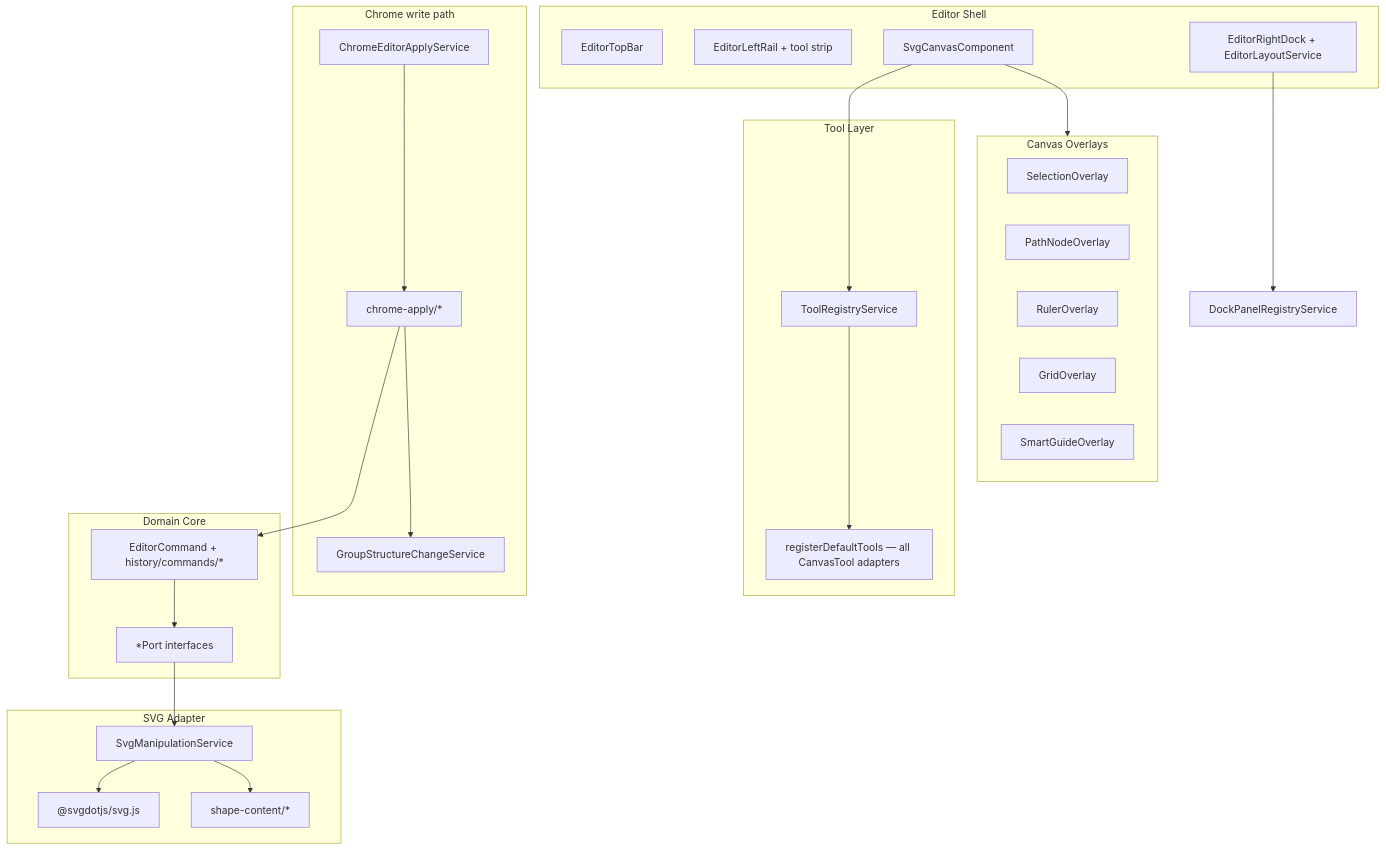
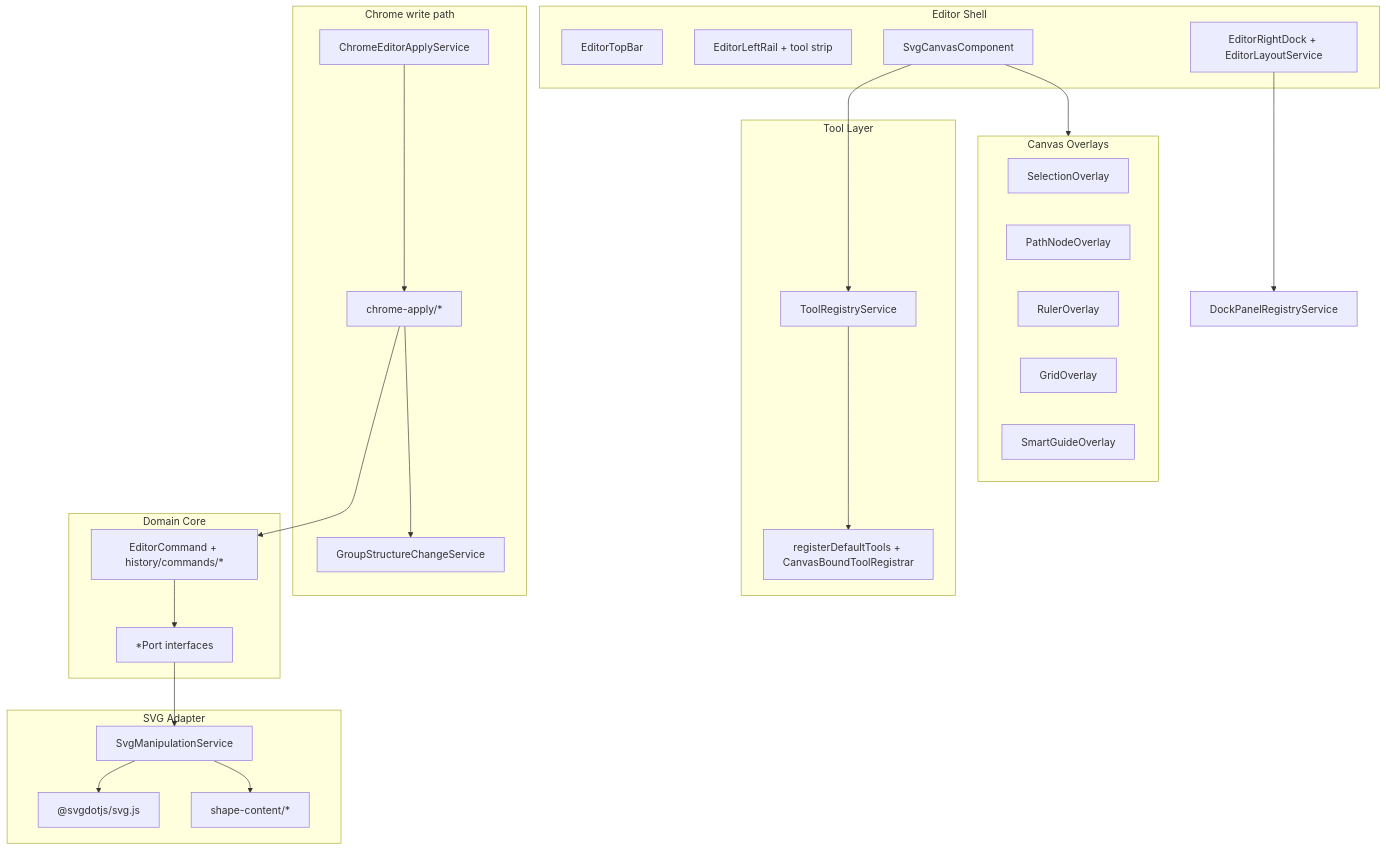
Before and after one commit to nbeckindy/svg-editor: the diagram in plans/epics/hexagonal-architecture-extensibility.md, drawn with Mermaid. The commit also changed other lines of this file and 3 other files, not shown here.

First line of the commit message:
docs: update hexagonal architecture extensibility plan and address architecture debt

````diff
--- a/plans/epics/hexagonal-architecture-extensibility.md
+++ b/plans/epics/hexagonal-architecture-extensibility.md
@@ -134,48 +144,48 @@
 ```mermaid
 flowchart TB
   subgraph Shell["Editor Shell"]
     TopBar[EditorTopBar]
     LeftRail[EditorLeftRail + tool strip]
     Canvas[SvgCanvasComponent]
     RightDock["EditorRightDock + EditorLayoutService"]
   end
 
   subgraph Overlays["Canvas Overlays"]
     SelOverlay[SelectionOverlay]
     NodeOverlay[PathNodeOverlay]
     Rulers[RulerOverlay]
     Grid[GridOverlay]
     Guides[SmartGuideOverlay]
   end
 
   subgraph ToolLayer["Tool Layer"]
     Registry[ToolRegistryService]
-    DefaultTools["registerDefaultTools — all CanvasTool adapters"]
+    DefaultTools["registerDefaultTools + CanvasBoundToolRegistrar"]
   end
 
   subgraph ChromeApply["Chrome write path"]
     ApplyFacade[ChromeEditorApplyService]
     ApplySlices["chrome-apply/*"]
     GroupChange[GroupStructureChangeService]
   end
 
   subgraph Domain["Domain Core"]
     Commands["EditorCommand + history/commands/*"]
     Ports["*Port interfaces"]
   end
 
   subgraph SVG["SVG Adapter"]
     Manip[SvgManipulationService]
     ShapeContent["shape-content/*"]
     SvgJs["@svgdotjs/svg.js"]
   end
 
   Canvas --> Registry
   Registry --> DefaultTools
   Canvas --> Overlays
   RightDock --> DockRegistry[DockPanelRegistryService]
   ApplyFacade --> ApplySlices --> Commands
   ApplySlices --> GroupChange
   Commands --> Ports --> Manip --> SvgJs
   Manip --> ShapeContent
 ```
````
